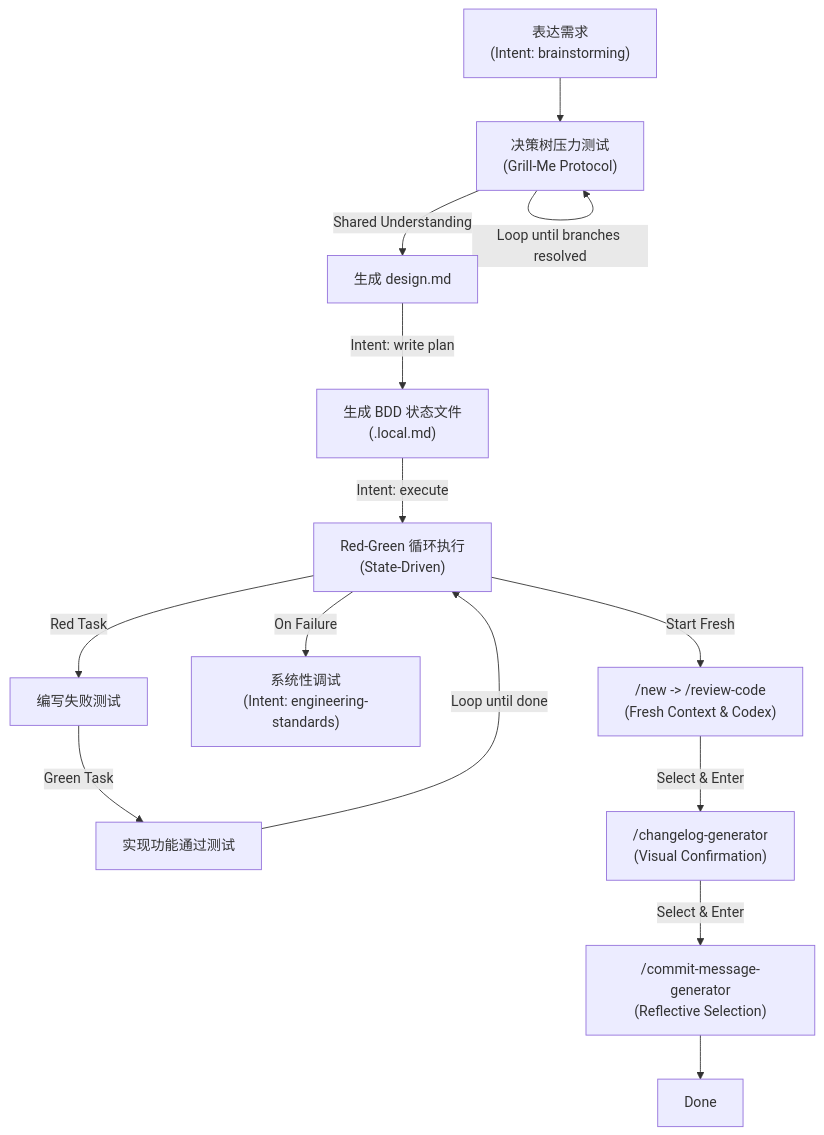
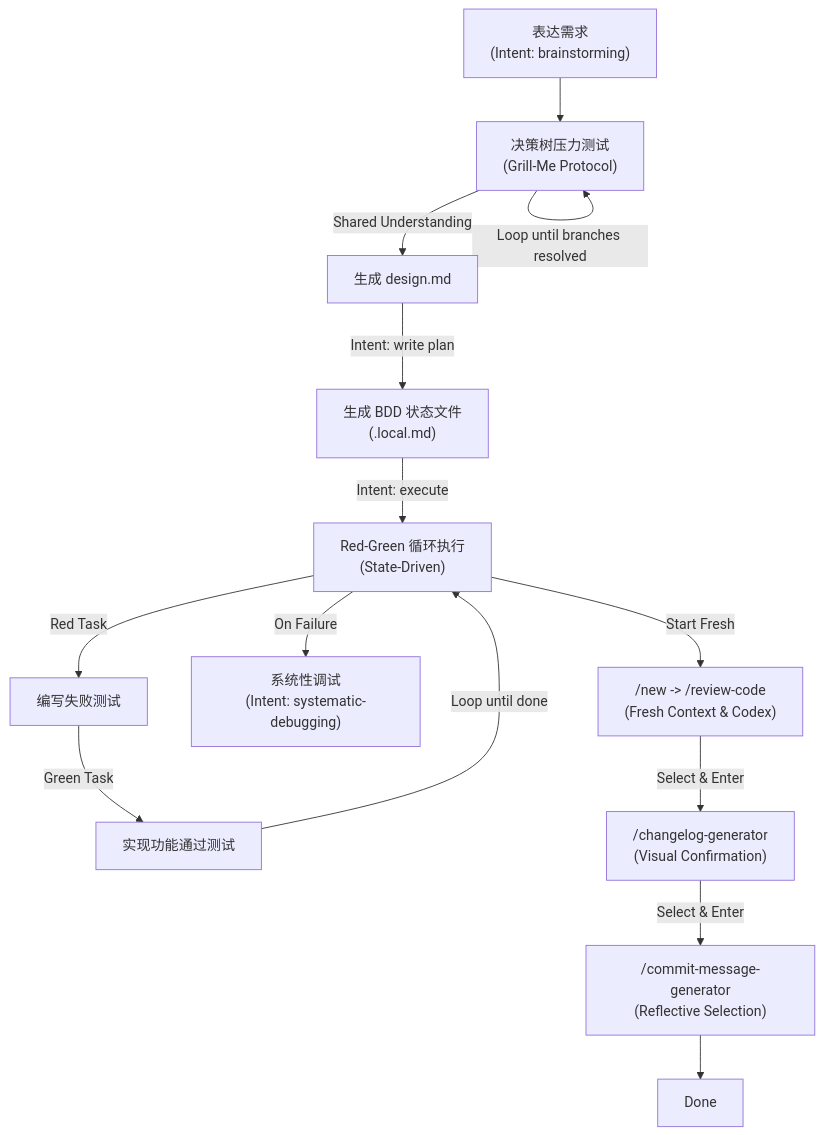
Before and after one commit to zzpwestlife/learn-claude-code: the diagram in README.md, drawn with Mermaid. The commit also changed other lines of this file and 55 other files, not shown here.

````diff
--- a/README.md
+++ b/README.md
@@ -76,16 +74,16 @@
 ```mermaid
 graph TD
     Start["表达需求<br/>(Intent: brainstorming)"] --> Interview["决策树压力测试<br/>(Grill-Me Protocol)"]
     Interview -->|Loop until branches resolved| Interview
     Interview -->|Shared Understanding| Optimize["生成 design.md"]
     Optimize -->|Intent: write plan| Plan["生成 BDD 状态文件<br/>(.local.md)"]
     Plan -->|Intent: execute| Execute["Red-Green 循环执行<br/>(State-Driven)"]
     Execute -->|Red Task| Red["编写失败测试"]
     Red -->|Green Task| Green["实现功能通过测试"]
     Green -->|Loop until done| Execute
-    Execute -->|On Failure| Debug["系统性调试<br/>(Intent: engineering-standards)"]
+    Execute -->|On Failure| Debug["系统性调试<br/>(Intent: systematic-debugging)"]
     Execute -->|Start Fresh| Review["/new -> /review-code<br/>(Fresh Context & Codex)"]
     Review -->|Select & Enter| Changelog["/changelog-generator<br/>(Visual Confirmation)"]
     Changelog -->|Select & Enter| Commit["/commit-message-generator<br/>(Reflective Selection)"]
     Commit --> Finish[Done]
 ```
````
